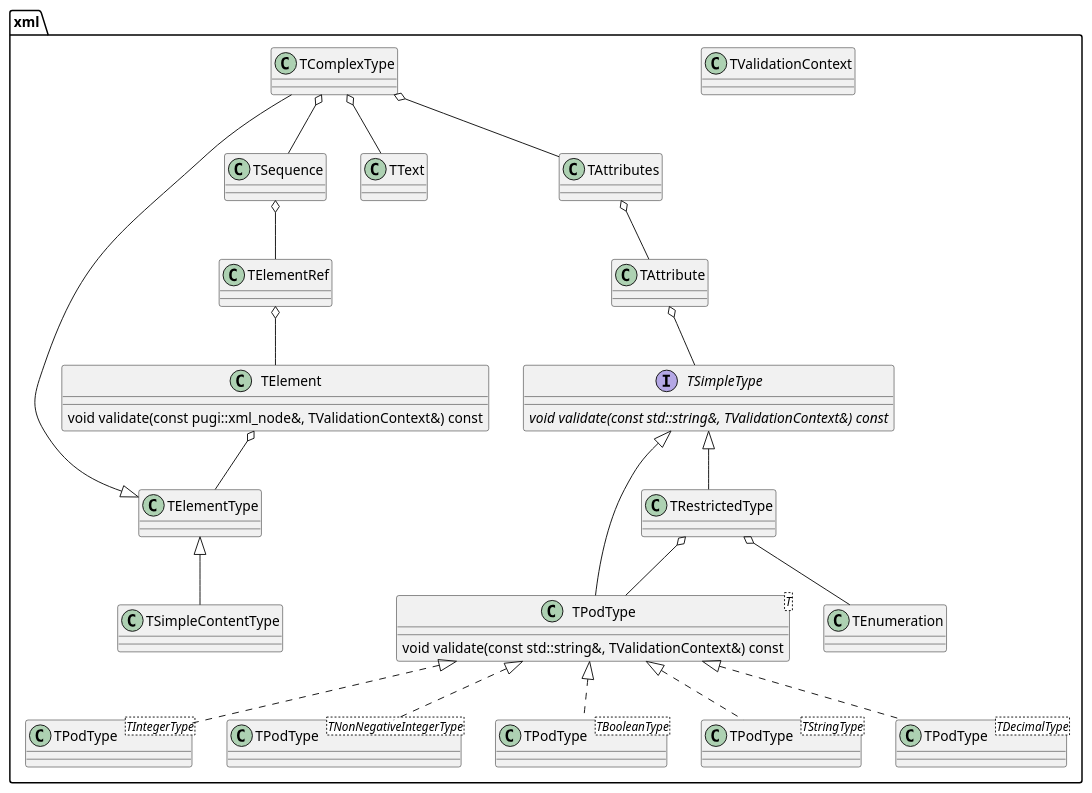
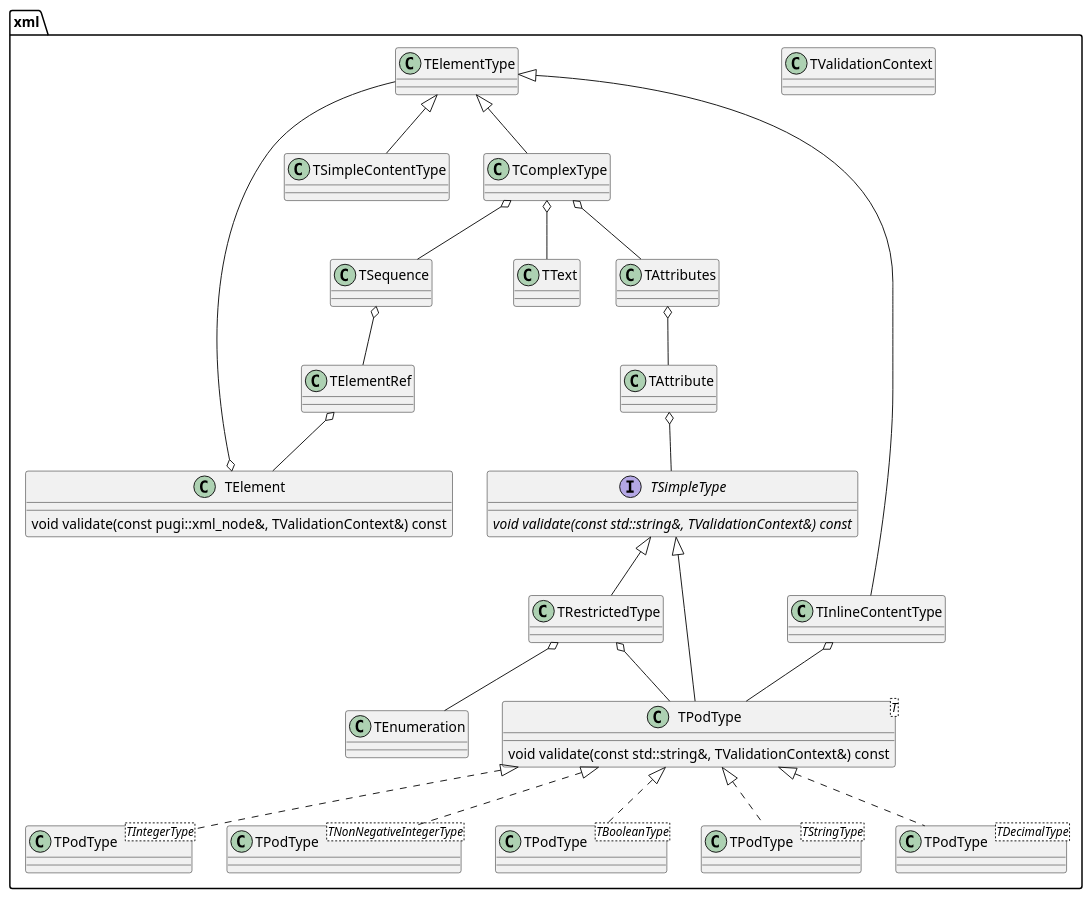
Before and after one commit to BearinxSimulationSuite/REXSapi: the diagram in design/validator.puml, drawn with PlantUML. The commit also changed 2 other files, not shown here.

```diff
--- a/design/validator.puml
+++ b/design/validator.puml
@@ -1,72 +1,76 @@
 @startuml Schema Validator
 
 namespace xml {
 
 class TValidationContext
 
 
 interface TSimpleType {
   {abstract} void validate(const std::string&, TValidationContext&) const
 }
 
 
 class TPodType<T> {
   void validate(const std::string&, TValidationContext&) const
 }
 
 class "TPodType<TIntegerType>" as ATIntegerType
 class "TPodType<TNonNegativeIntegerType>" as ATNonNegativeIntegerType
 class "TPodType<TBooleanType>" as ATBooleanType
 class "TPodType<TStringType>" as ATStringType
 class "TPodType<TDecimalType>" as ATDecimalType
 
 TSimpleType <|-- TPodType
 TPodType <|.. ATIntegerType
 TPodType <|.. ATNonNegativeIntegerType
 TPodType <|.. ATBooleanType
 TPodType <|.. ATStringType
 TPodType <|.. ATDecimalType
 
 class TElementType
 class TComplexType
 class TSimpleContentType
+class TInlineContentType
 
 TElementType <|-- TComplexType
 TElementType <|-- TSimpleContentType
+TElementType <|-- TInlineContentType
 
 class TAttribute
 class TSequence
 class TText
 class TAttributes
 
 TComplexType o-- TSequence
 TComplexType o-- TAttributes
 TComplexType o-- TText
+
+TInlineContentType o-- TPodType
 
 TAttribute o-- TSimpleType
 TAttributes o-- TAttribute
 
 class TElement {
   void validate(const pugi::xml_node&, TValidationContext&) const
 }
 
 TElement o-- TElementType
 
 class TElementRef
 
 TElementRef o-- TElement
 
 TSequence o-- TElementRef
 
 class TRestrictedType
 
 TRestrictedType o-- TPodType
 TSimpleType <|-- TRestrictedType
 
 class TEnumeration
 
 TRestrictedType o-- TEnumeration
 
 }
 
 @enduml
```
